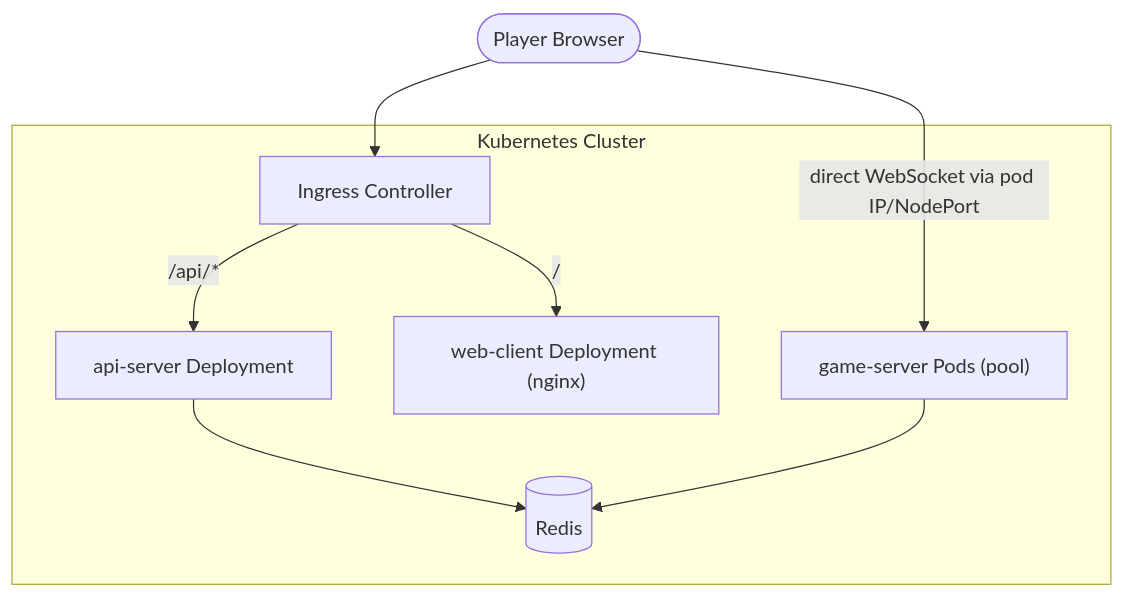
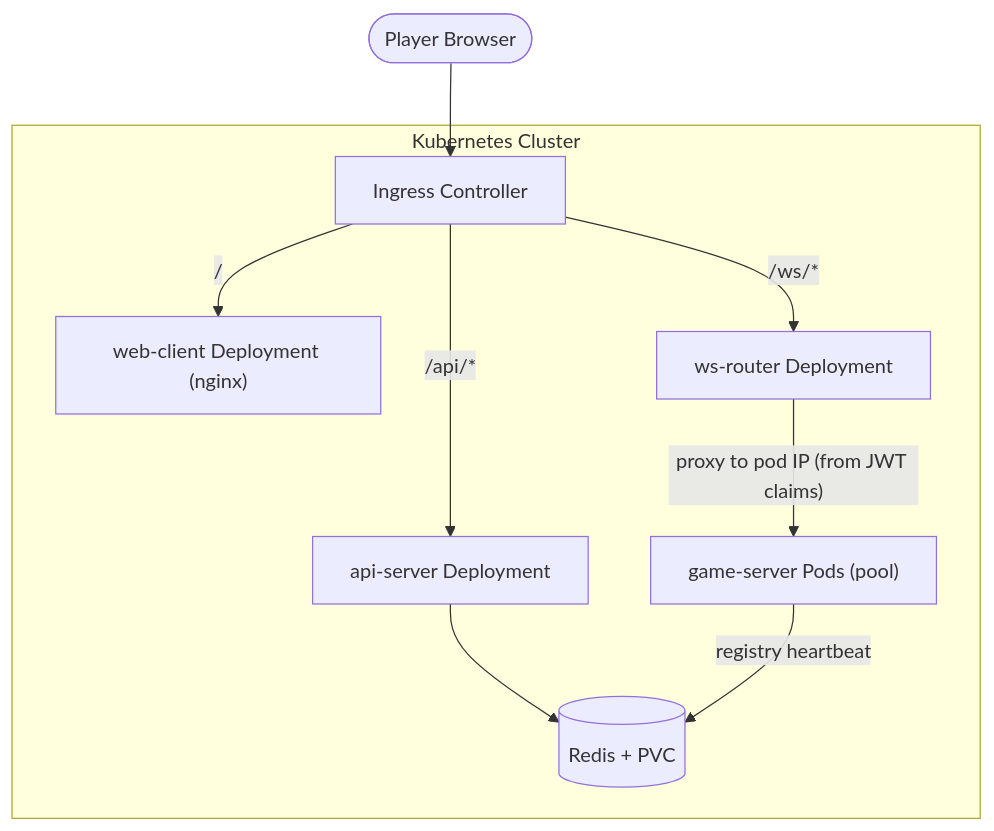
The first of 2 diagrams in PLAN.md (fibbonacciBear/multGame), drawn with Mermaid before and after one commit. The commit also changed other lines of this file and 59 other files, not shown here.

````diff
--- a/PLAN.md
+++ b/PLAN.md
@@ -81,12 +84,13 @@
 ```mermaid
 flowchart TD
   subgraph k8sCluster [Kubernetes Cluster]
     Ingress[Ingress Controller]
     Ingress -->|"/api/*"| API["api-server Deployment"]
     Ingress -->|"/"| WebClient["web-client Deployment (nginx)"]
-    API --> Redis[(Redis)]
-    GameServer["game-server Pods (pool)"] --> Redis
+    Ingress -->|"/ws/*"| WSRouter["ws-router Deployment"]
+    WSRouter -->|"proxy to pod IP (from JWT claims)"| GameServer["game-server Pods (pool)"]
+    API --> Redis[(Redis + PVC)]
+    GameServer -->|"registry heartbeat"| Redis
   end
   Player([Player Browser]) --> Ingress
-  Player -->|"direct WebSocket via pod IP/NodePort"| GameServer
 ```
````
